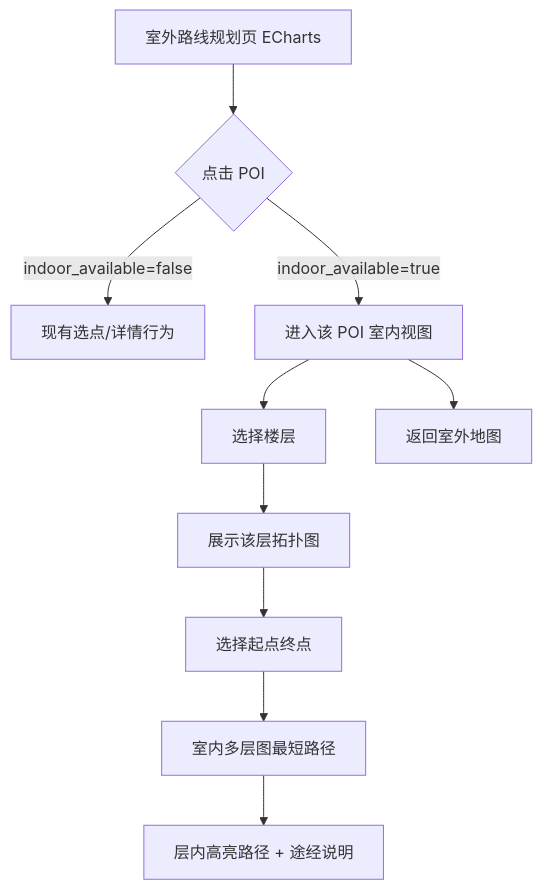
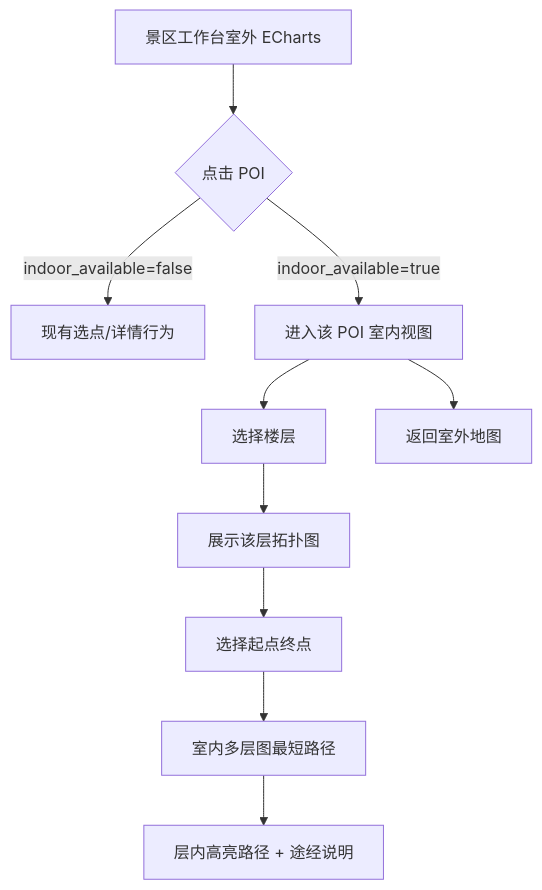
One commit to Max1122Chen/PTRS changed the fourth of 5 diagrams in docs/Requirements/Requirements Documendation.md. Above: the diagram before and after it, drawn with Mermaid. The commit also changed other lines of this file and 22 other files, not shown here.

````diff
--- a/docs/Requirements/Requirements Documendation.md
+++ b/docs/Requirements/Requirements Documendation.md
@@ -179,12 +211,12 @@
 ```mermaid
 flowchart TD
-    A[室外路线规划页 ECharts] --> B{点击 POI}
+    A[景区工作台室外 ECharts] --> B{点击 POI}
     B -->|indoor_available=false| C[现有选点/详情行为]
     B -->|indoor_available=true| D[进入该 POI 室内视图]
     D --> E[选择楼层]
     E --> F[展示该层拓扑图]
     F --> G[选择起点终点]
     G --> H[室内多层图最短路径]
     H --> I[层内高亮路径 + 途经说明]
     D --> J[返回室外地图]
 ```
````
